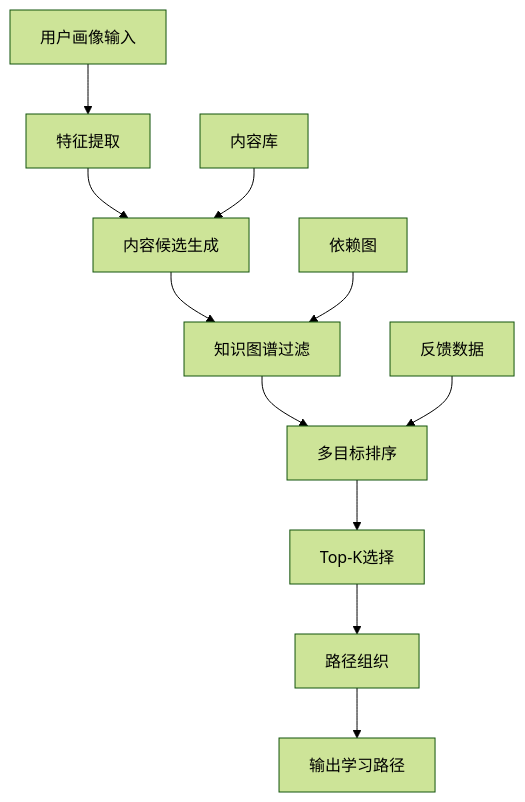
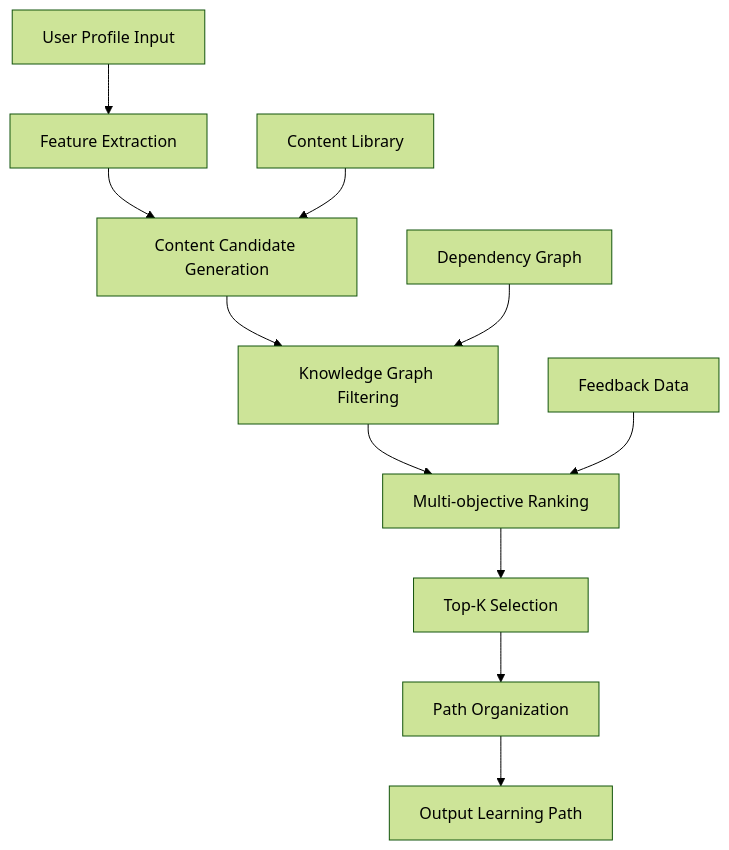
One commit to AdaMartin18010/AnalysisDataFlow changed the first of 3 diagrams in i18n/en/Knowledge/learning-path-recommender.md. Above: the diagram before and after it, drawn with Mermaid (forest theme). The commit also changed other lines of this file and 96 other files, not shown here.

````diff
--- a/i18n/en/Knowledge/learning-path-recommender.md
+++ b/i18n/en/Knowledge/learning-path-recommender.md
@@ -190,14 +181,14 @@
 ```mermaid
 flowchart TD
-    A[用户画像输入] --> B[特征提取]
-    B --> C[内容候选生成]
-    C --> D[知识图谱过滤]
-    D --> E[多目标排序]
-    E --> F[Top-K选择]
-    F --> G[路径组织]
-    G --> H[输出学习路径]
+    A[User Profile Input] --> B[Feature Extraction]
+    B --> C[Content Candidate Generation]
+    C --> D[Knowledge Graph Filtering]
+    D --> E[Multi-objective Ranking]
+    E --> F[Top-K Selection]
+    F --> G[Path Organization]
+    G --> H[Output Learning Path]
 
-    I[内容库] --> C
-    J[依赖图] --> D
-    K[反馈数据] --> E
+    I[Content Library] --> C
+    J[Dependency Graph] --> D
+    K[Feedback Data] --> E
 ```
````
